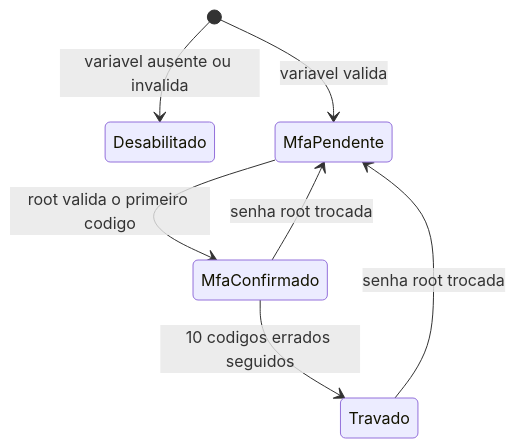
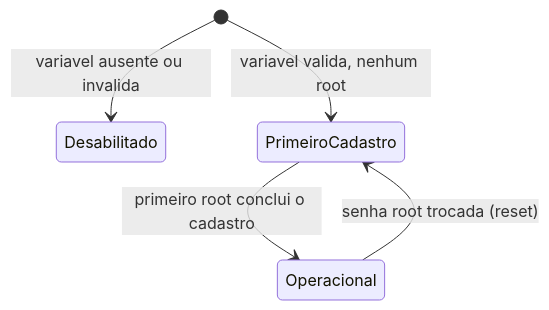
Before and after one commit to NEWMOLJUD/Especificacao-Moljud-Setup-Backoffice: the first of 3 diagrams in README.md, drawn with Mermaid. The commit also changed other lines of this file, not shown here.

````diff
--- a/README.md
+++ b/README.md
@@ -193,9 +223,7 @@
 ```mermaid
 stateDiagram-v2
     [*] --> Desabilitado: variavel ausente ou invalida
-    [*] --> MfaPendente: variavel valida
-    MfaPendente --> MfaConfirmado: root valida o primeiro codigo
-    MfaConfirmado --> Travado: 10 codigos errados seguidos
-    MfaConfirmado --> MfaPendente: senha root trocada
-    Travado --> MfaPendente: senha root trocada
+    [*] --> PrimeiroCadastro: variavel valida, nenhum root
+    PrimeiroCadastro --> Operacional: primeiro root conclui o cadastro
+    Operacional --> PrimeiroCadastro: senha root trocada (reset)
 ```
````
